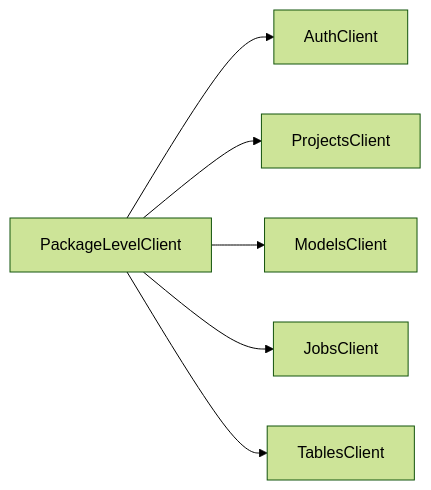
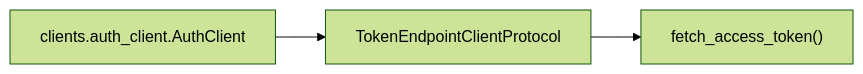
The first of 4 diagrams in docs/standards/http-client-auth-boundary.md (a129924/mlops-async), drawn with Mermaid (forest theme) before and after one commit. The commit also changed other lines of this file and 5 other files, not shown here.

````diff
--- a/docs/standards/http-client-auth-boundary.md
+++ b/docs/standards/http-client-auth-boundary.md
@@ -63,8 +67,5 @@
 ```mermaid
 flowchart LR
-    PackageLevelClient["PackageLevelClient"] --> AuthClient["AuthClient"]
-    PackageLevelClient --> ProjectsClient["ProjectsClient"]
-    PackageLevelClient --> ModelsClient["ModelsClient"]
-    PackageLevelClient --> JobsClient["JobsClient"]
-    PackageLevelClient --> TablesClient["TablesClient"]
+    AuthClient["clients.auth_client.AuthClient"] --> Protocol["TokenEndpointClientProtocol"]
+    Protocol --> Fetch["fetch_access_token()"]
 ```
````
